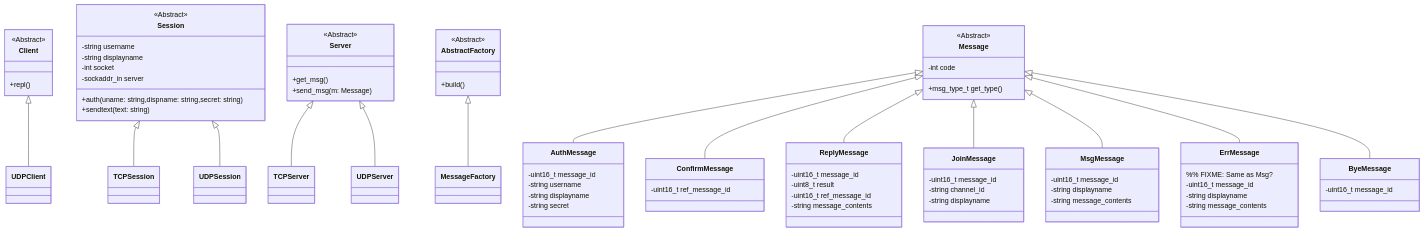
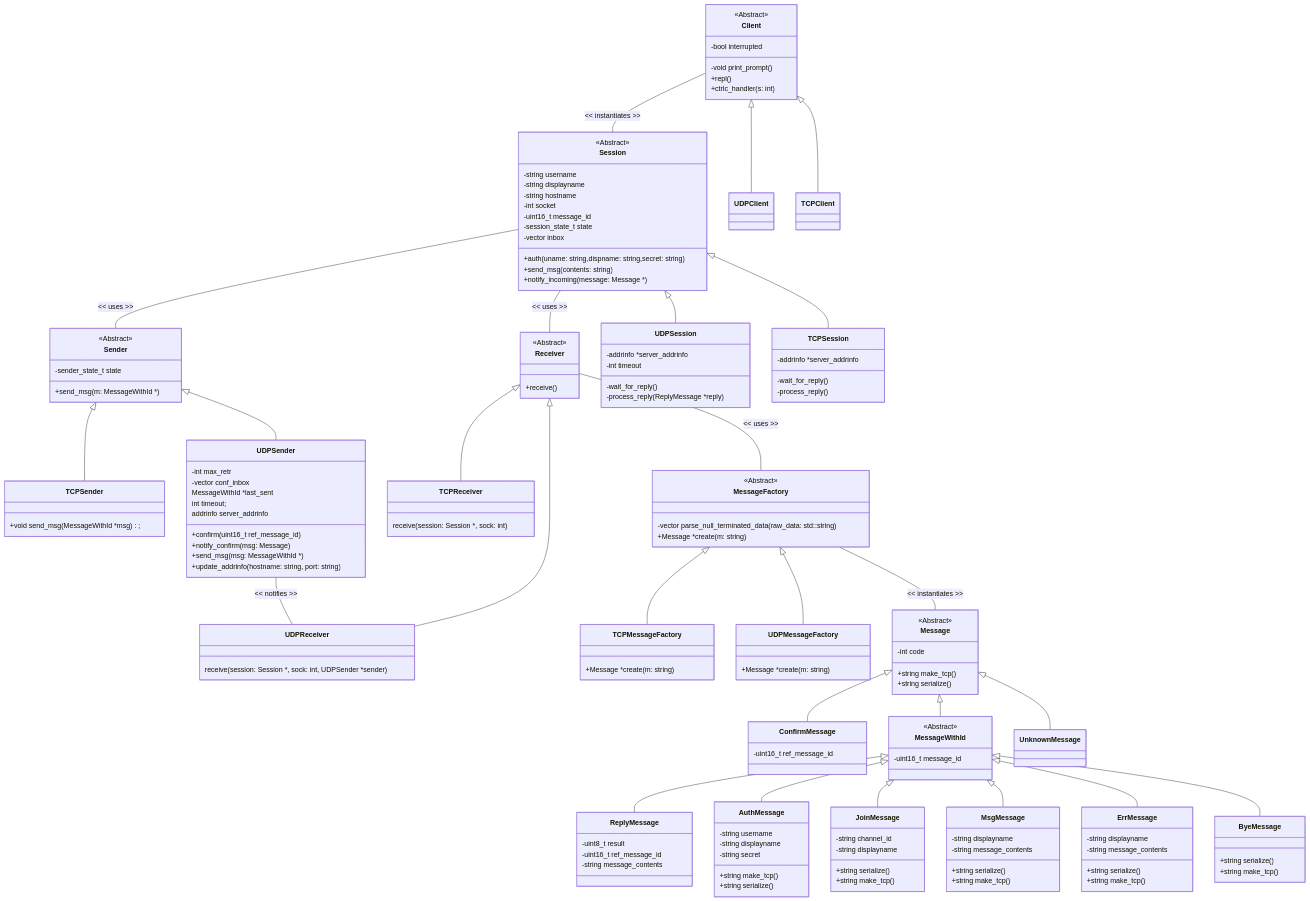
Before and after one commit to yahluo-dev/ipk-project-chat: the diagram in doc/class.mmd, drawn with Mermaid. The commit also changed other lines of this file, not shown here.

Commit message:
update class diagram

```diff
--- a/doc/class.mmd
+++ b/doc/class.mmd
@@ -1,121 +1,184 @@
 %%{init: { "class": { "height": 300, "width": 300 } } }%%
 classDiagram
-
   class Client {
+    -bool interrupted
+    -void print_prompt()
     +repl()
-  }
-  
-  class UDPClient {
-
+    +ctrlc_handler(s: int)
   }
 
   class Session {
     -string username
     -string displayname
+    -string hostname
     -int socket
-    -sockaddr_in server
+    -uint16_t message_id
+    -session_state_t state
+    -vector<Message *> inbox
+
     +auth(uname: string,dispname: string,secret: string)
-    +sendtext(text: string)
+    +send_msg(contents: string)
+    +notify_incoming(message: Message *)
   }
 
-  class TCPSession {
-  %%TODO
+  class Sender {
+    -sender_state_t state
+    +send_msg(m: MessageWithId *)
   }
 
-  class UDPSession {
-  %%TODO
+  class TCPSender {
+    +void send_msg(MessageWithId *msg);
   }
 
-  class Server {
-    +get_msg()
-    +send_msg(m: Message)
+  class UDPSender {
+    -int max_retr
+    -vector<ConfirmMsg> conf_inbox
+    MessageWithId *last_sent
+    int timeout;
+    addrinfo server_addrinfo
+
+    +confirm(uint16_t ref_message_id)
+    +notify_confirm(msg: Message)
+    +send_msg(msg: MessageWithId *)
+    +update_addrinfo(hostname: string, port: string)
   }
 
-  class TCPServer {
-  %%TODO
+  
+  class Receiver {
+    +receive()
   }
 
-  class UDPServer {
-  %%TODO
+  class TCPReceiver {
+    receive(session: Session *, sock: int)
   }
 
-  class AbstractFactory {
-    +build()
+  class UDPReceiver {
+    receive(session: Session *, sock: int, UDPSender *sender)
   }
 
   class MessageFactory {
-    %% TODO
+    -vector<string> parse_null_terminated_data(raw_data: std::string)
+    +Message *create(m: string)
+  }
+
+  class TCPMessageFactory {
+    +Message *create(m: string)
+  }
+  class UDPMessageFactory {
+    +Message *create(m: string)
   }
 
 %%%%%%%%%%%%%%%%%%%%%%%%%%%%%%%%
 %% MESSAGES
 %%%%%%%%%%%%%%%%%%%%%%%%%%%%%%%%
 
   class Message {
     -int code
-    +msg_type_t get_type()
+    +string make_tcp()
+    +string serialize()
   }
 
   class AuthMessage {
-    -uint16_t message_id
     -string username
     -string displayname
     -string secret
+    +string make_tcp()
+    +string serialize()
   }
 
   class ConfirmMessage {
     -uint16_t ref_message_id
   }
 
   class ReplyMessage {
-    -uint16_t message_id
     -uint8_t result
     -uint16_t ref_message_id
     -string message_contents
   }
 
   class JoinMessage {
-    -uint16_t message_id
     -string channel_id
     -string displayname
+    +string serialize()
+    +string make_tcp()
   }
 
   class MsgMessage {
-    -uint16_t message_id
     -string displayname
     -string message_contents
+    +string serialize()
+    +string make_tcp()
   }
 
-  class ErrMessage { %% FIXME: Same as Msg?
-    -uint16_t message_id
+  class ErrMessage {
     -string displayname
     -string message_contents
+    +string serialize()
+    +string make_tcp()
   }
 
   class ByeMessage {
+    +string serialize()
+    +string make_tcp()
+  }
+
+  class MessageWithId {
     -uint16_t message_id
+  }
+  
+  class UnknownMessage {
+  }
+
+  class UDPSession {
+    -addrinfo *server_addrinfo
+    -int timeout
+    -wait_for_reply()
+    -process_reply(ReplyMessage *reply)
+  }
+
+  class TCPSession {
+    -addrinfo *server_addrinfo
+    -wait_for_reply()
+    -process_reply()
   }
 
   <<Abstract>> Session
   Session <|-- TCPSession
   Session <|-- UDPSession
 
-  <<Abstract>> Server
-  Server <|-- TCPServer
-  Server <|-- UDPServer
+
+  <<Abstract>> Sender
+  Sender <|-- TCPSender
+  Sender <|-- UDPSender
+
+  <<Abstract>> Receiver
+  Receiver <|-- TCPReceiver
+  Receiver <|-- UDPReceiver
+
+  Session -- Receiver : << uses >>
+  Session -- Sender : << uses >>
+  Client -- Session : << instantiates >>
+  Receiver -- MessageFactory : << uses >>
+  MessageFactory --  Message : << instantiates >>
+  UDPSender -- UDPReceiver : << notifies >>
 
   <<Abstract>> Message
-  Message <|-- AuthMessage
   Message <|-- ConfirmMessage
-  Message <|-- ReplyMessage
-  Message <|-- JoinMessage
-  Message <|-- MsgMessage
-  Message <|-- ErrMessage
-  Message <|-- ByeMessage
+  Message <|-- MessageWithId
+  Message <|-- UnknownMessage
 
-  <<Abstract>> AbstractFactory
-  AbstractFactory <|-- MessageFactory
+  <<Abstract>> MessageWithId
+  MessageWithId <|-- ReplyMessage
+  MessageWithId <|-- AuthMessage
+  MessageWithId <|-- JoinMessage
+  MessageWithId <|-- MsgMessage
+  MessageWithId <|-- ErrMessage
+  MessageWithId <|-- ByeMessage
+
+  <<Abstract>> MessageFactory
+  MessageFactory <|-- UDPMessageFactory
+  MessageFactory <|-- TCPMessageFactory
 
   <<Abstract>> Client
-
   Client <|-- UDPClient
+  Client <|-- TCPClient
```
